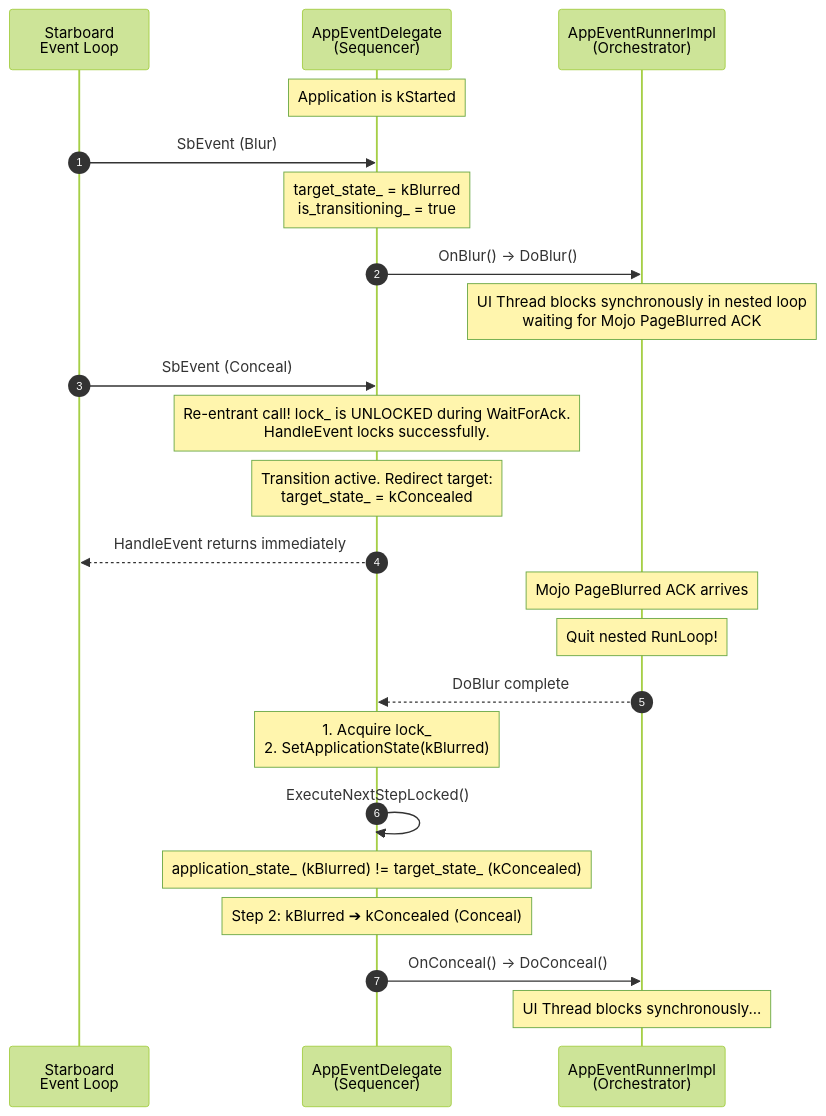
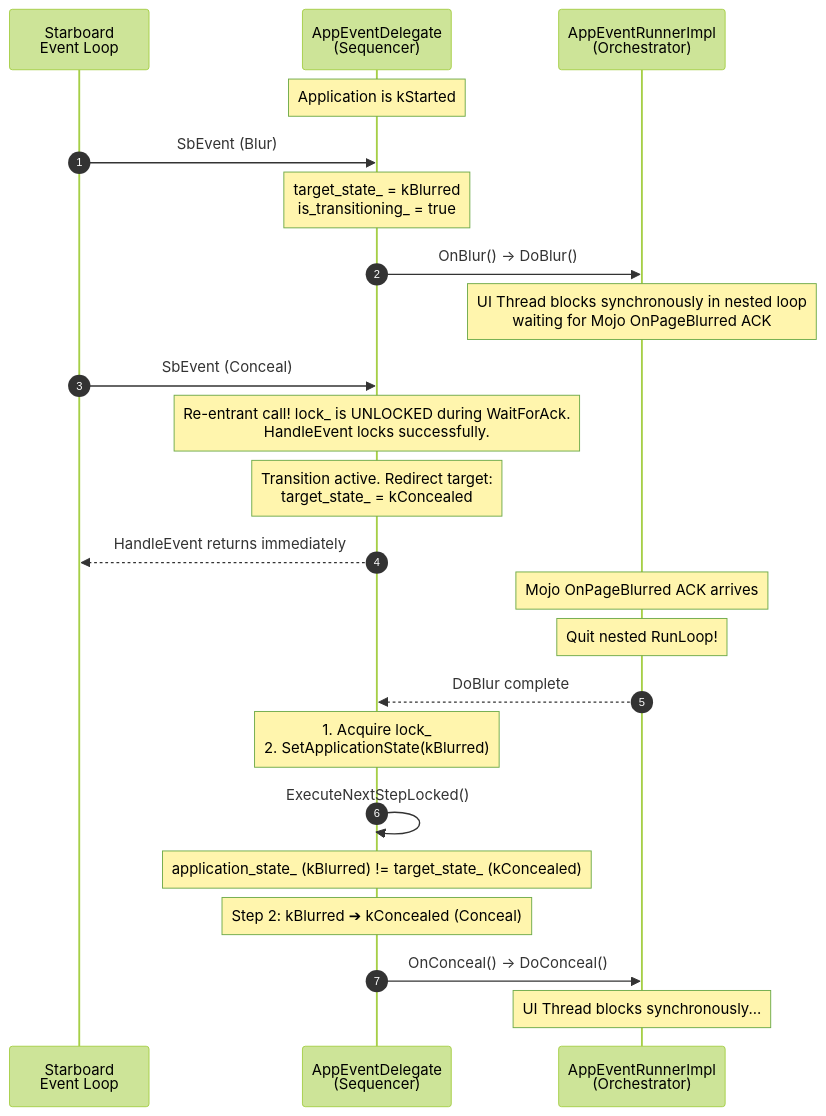
One commit to youtube/cobalt changed diagram 13 of 14 in cobalt/doc/lifecycle_internals.md. Above: the diagram before and after it, drawn with Mermaid (forest theme). The commit also changed other lines of this file and 18 other files, not shown here.

````diff
--- a/cobalt/doc/lifecycle_internals.md
+++ b/cobalt/doc/lifecycle_internals.md
@@ -520,29 +520,29 @@
 ```mermaid
 sequenceDiagram
   autonumber
   participant OS as Starboard <br/> Event Loop
   participant Delegate as AppEventDelegate <br/> (Sequencer)
   participant Runner as AppEventRunnerImpl <br/> (Orchestrator)
 
   Note over Delegate: Application is kStarted
   OS->>Delegate: SbEvent (Blur)
   Note over Delegate: target_state_ = kBlurred<br/>is_transitioning_ = true
   Delegate->>Runner: OnBlur() -> DoBlur()
-  Note over Runner: UI Thread blocks synchronously in nested loop<br/>waiting for Mojo PageBlurred ACK
+  Note over Runner: UI Thread blocks synchronously in nested loop<br/>waiting for Mojo OnPageBlurred ACK
 
   %% Re-entrant event
   OS->>Delegate: SbEvent (Conceal)
   Note over Delegate: Re-entrant call! lock_ is UNLOCKED during WaitForAck.<br/>HandleEvent locks successfully.
   Note over Delegate: Transition active. Redirect target:<br/>target_state_ = kConcealed
   Delegate-->>OS: HandleEvent returns immediately
 
-  Note over Runner: Mojo PageBlurred ACK arrives
+  Note over Runner: Mojo OnPageBlurred ACK arrives
   Note over Runner: Quit nested RunLoop!
   Runner-->>Delegate: DoBlur complete
   Note over Delegate: 1. Acquire lock_<br/>2. SetApplicationState(kBlurred)
   Delegate->>Delegate: ExecuteNextStepLocked()
   Note over Delegate: application_state_ (kBlurred) != target_state_ (kConcealed)
   Note over Delegate: Step 2: kBlurred ➔ kConcealed (Conceal)
   Delegate->>Runner: OnConceal() -> DoConceal()
   Note over Runner: UI Thread blocks synchronously...
 ```
````
